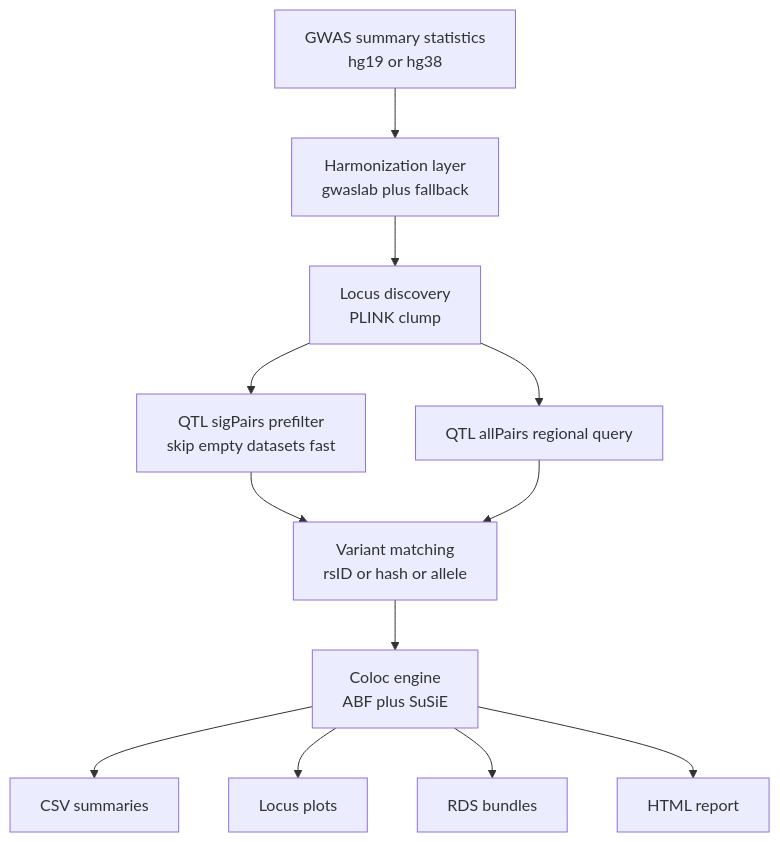
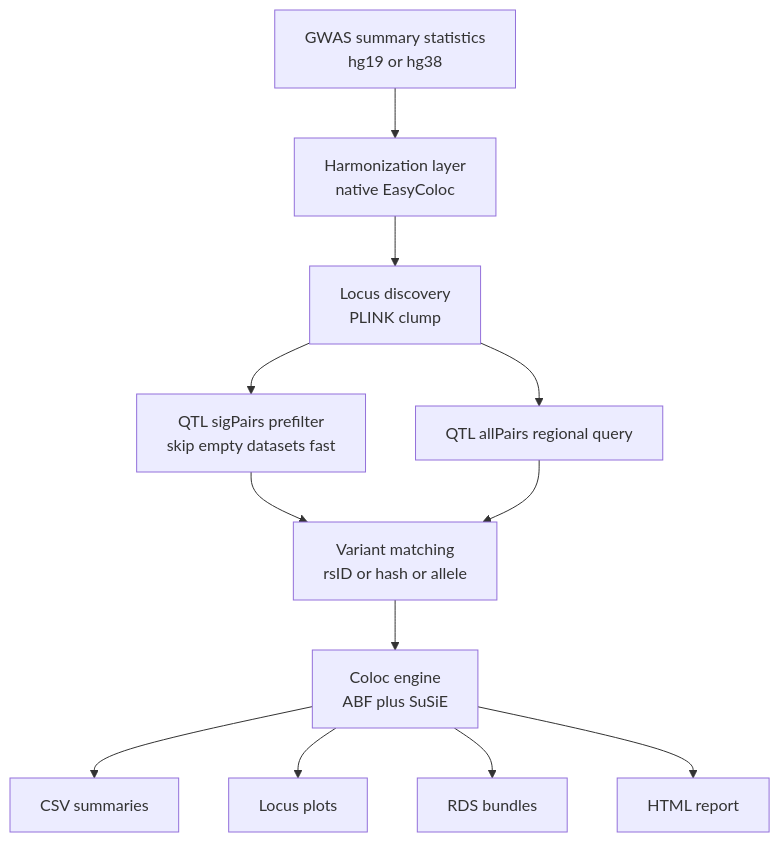
One commit to cupcake777/EasyColoc changed the diagram in README.md. Above: the diagram before and after it, drawn with Mermaid. The commit also changed other lines of this file and 18 other files, not shown here.

Commit message:
Simplify native harmonization workflow

````diff
--- a/README.md
+++ b/README.md
@@ -162,14 +162,14 @@
 ```mermaid
 flowchart TD
-    A[GWAS summary statistics<br/>hg19 or hg38] --> B[Harmonization layer<br/>gwaslab plus fallback]
+    A[GWAS summary statistics<br/>hg19 or hg38] --> B[Harmonization layer<br/>native EasyColoc]
     B --> C[Locus discovery<br/>PLINK clump]
     C --> D[QTL sigPairs prefilter<br/>skip empty datasets fast]
     C --> E[QTL allPairs regional query]
     D --> F[Variant matching<br/>rsID or hash or allele]
     E --> F
     F --> G[Coloc engine<br/>ABF plus SuSiE]
     G --> H[CSV summaries]
     G --> I[Locus plots]
     G --> J[RDS bundles]
     G --> K[HTML report]
 ```
````
